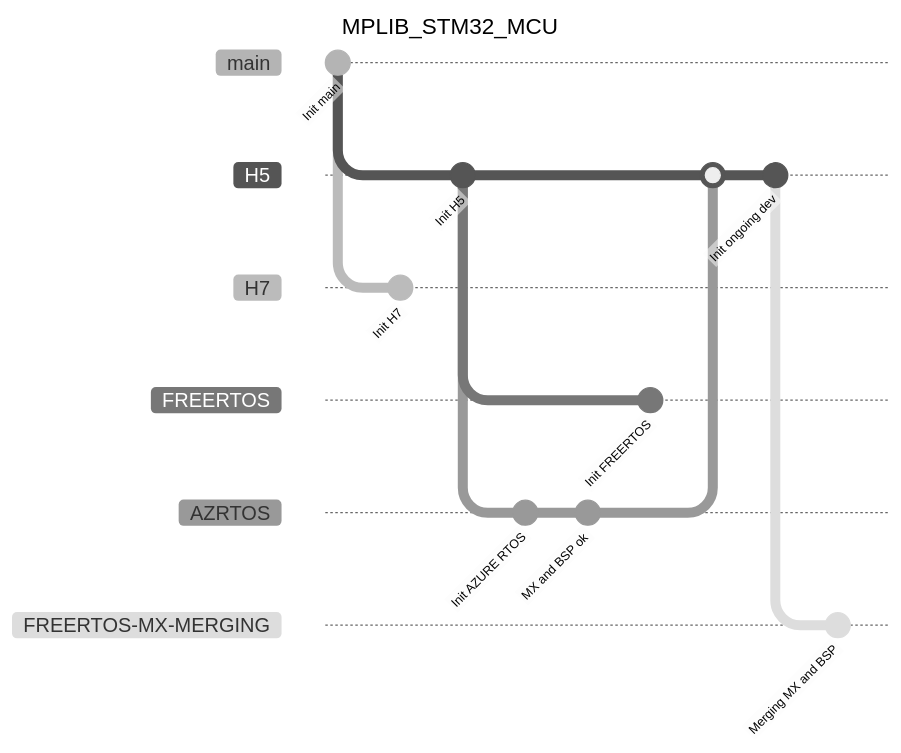
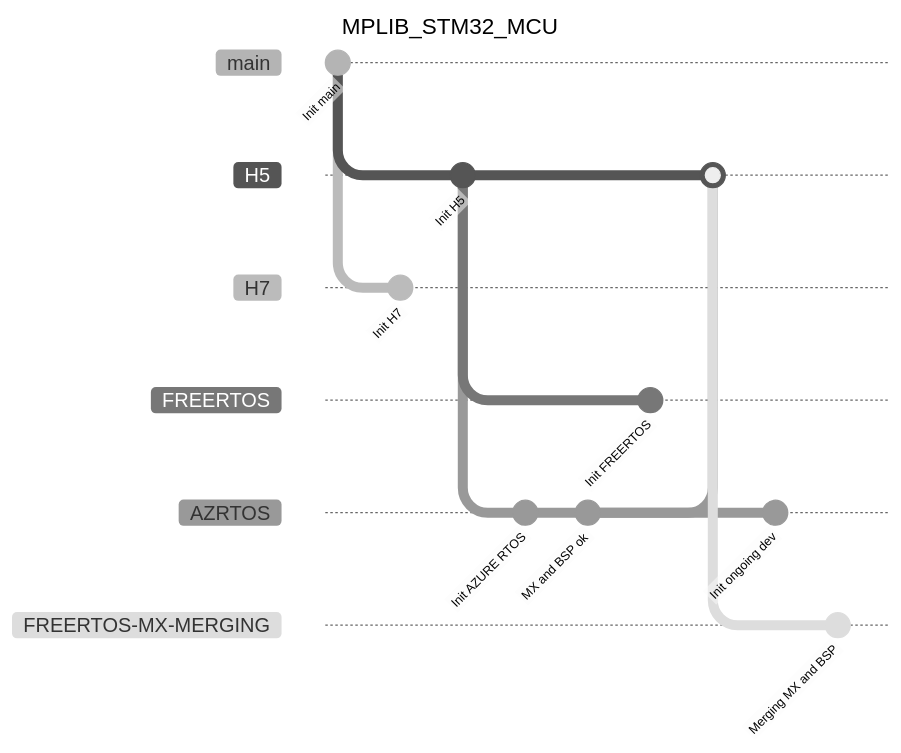
One commit to packetqc/MPLIB changed the second of 4 diagrams in README.md. Above: the diagram before and after it, drawn with Mermaid (neutral theme). The commit also changed 1 other file, not shown here.

````diff
--- a/README.md
+++ b/README.md
@@ -66,23 +66,25 @@
 ```mermaid
 ---
 title: MPLIB_STM32_MCU
 ---
 gitGraph
 commit id: "Init main"
 branch H5
 branch H7
 commit id: "Init H7"
 checkout H5
 commit id: "Init H5"
 branch FREERTOS
 branch AZRTOS
 commit id: "Init AZURE RTOS"
 commit id: "MX and BSP ok"
 checkout FREERTOS
 commit id: "Init FREERTOS"
 checkout H5
 merge AZRTOS
+checkout AZRTOS
 commit id: "Init ongoing dev"
+checkout H5
 branch FREERTOS-MX-MERGING
 commit id: "Merging MX and BSP"
 ```
````
